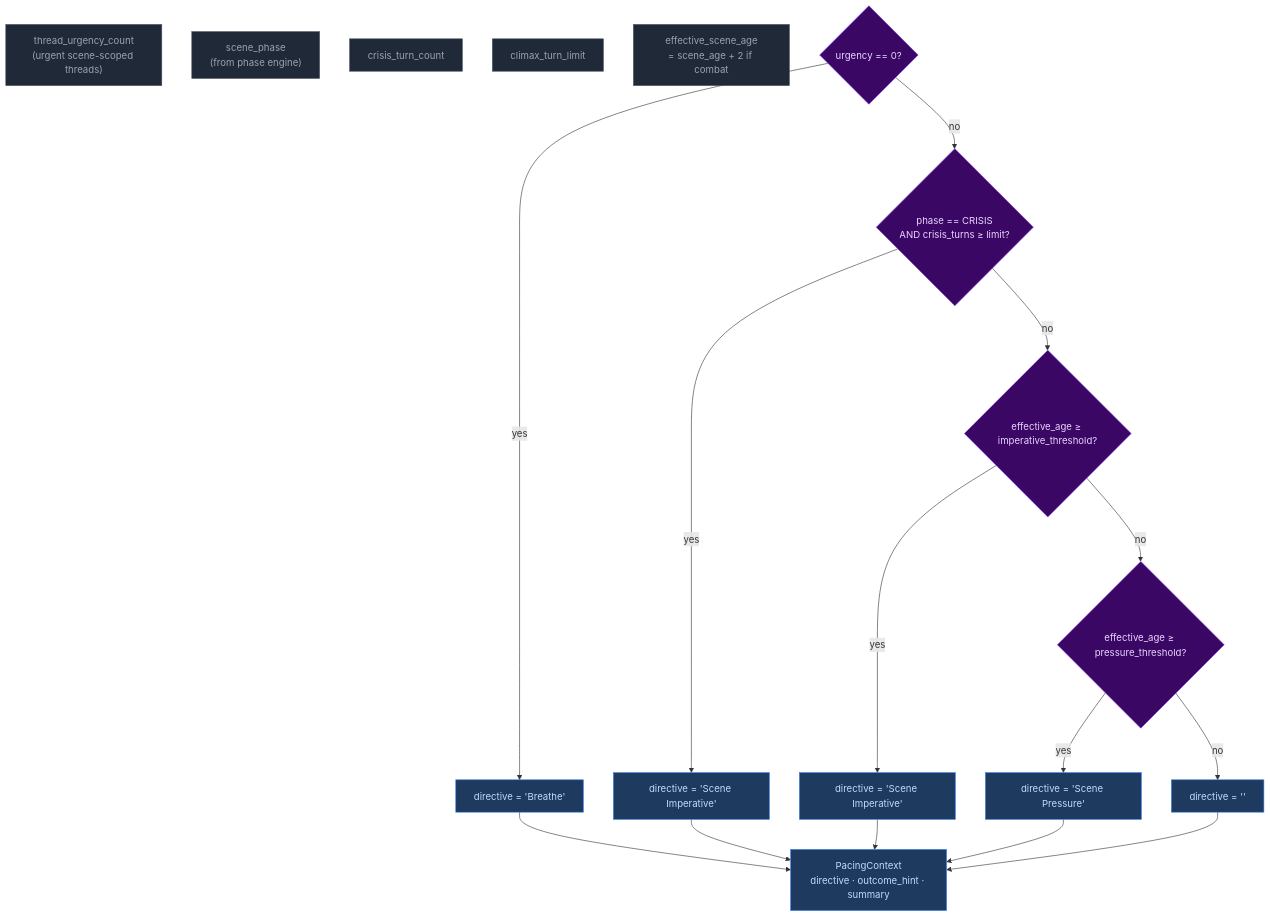
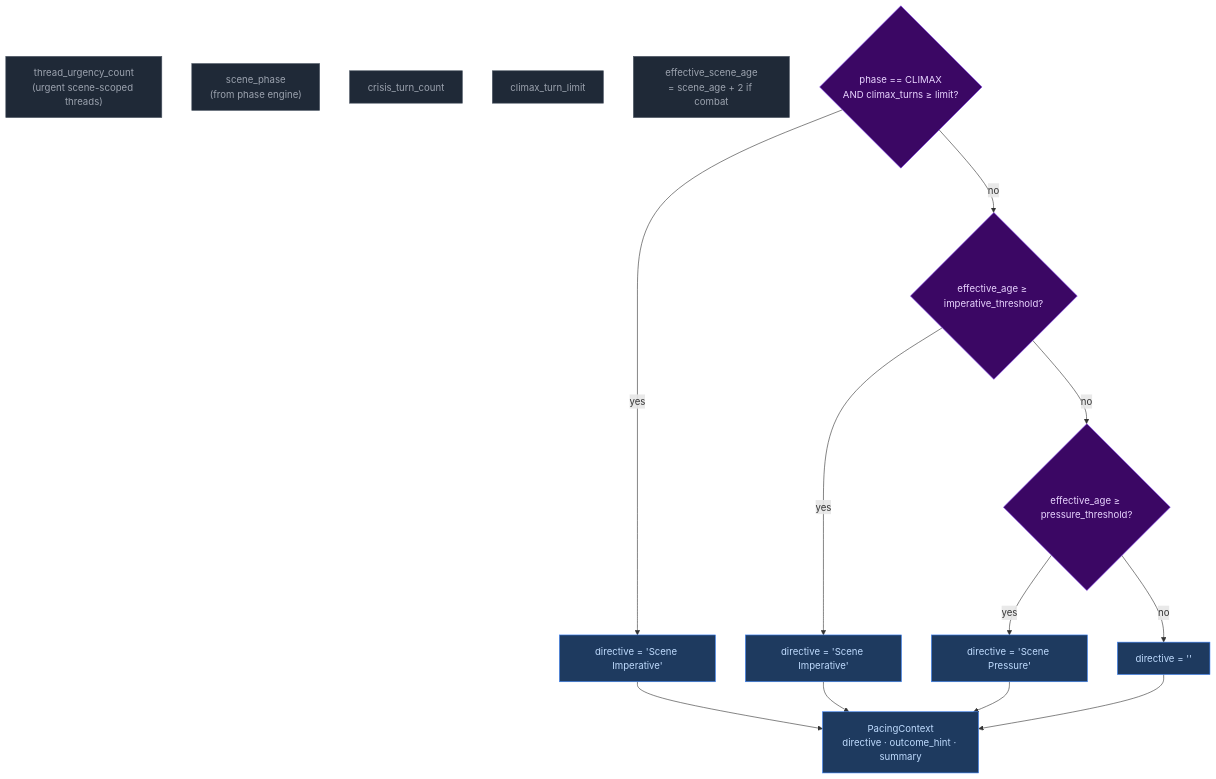
One commit to pww217/fablethread changed the second of 3 diagrams in docs/architecture/step0-ruling.md. Above: the diagram before and after it, drawn with Mermaid. The commit also changed other lines of this file and 14 other files, not shown here.

````diff
--- a/docs/architecture/step0-ruling.md
+++ b/docs/architecture/step0-ruling.md
@@ -75,32 +75,29 @@
 ```mermaid
 flowchart TD
     classDef pyNode fill:#1f2937,color:#9ca3af,stroke:#4b5563
     classDef decision fill:#3b0764,color:#e9d5ff,stroke:#7c3aed
     classDef output fill:#1e3a5f,color:#bfdbfe,stroke:#3b82f6
 
     TU["thread_urgency_count<br>(urgent scene-scoped threads)"]:::pyNode
     PH["scene_phase<br>(from phase engine)"]:::pyNode
     CTC["crisis_turn_count"]:::pyNode
     CTL["climax_turn_limit"]:::pyNode
     EA["effective_scene_age<br>= scene_age + 2 if combat"]:::pyNode
 
-    D1{"urgency == 0?"}:::decision
-    D1 -- yes --> B1["directive = 'Breathe'"]:::output
-    D1 -- no --> D2{"phase == CRISIS<br>AND crisis_turns ≥ limit?"}:::decision
+    D1{"phase == CLIMAX<br>AND climax_turns ≥ limit?"}:::decision
+    D1 -- yes --> B1["directive = 'Scene Imperative'"]:::output
+    D1 -- no --> D2{"effective_age ≥ imperative_threshold?"}:::decision
     D2 -- yes --> B2["directive = 'Scene Imperative'"]:::output
-    D2 -- no --> D3{"effective_age ≥ imperative_threshold?"}:::decision
-    D3 -- yes --> B3["directive = 'Scene Imperative'"]:::output
-    D3 -- no --> D4{"effective_age ≥ pressure_threshold?"}:::decision
-    D4 -- yes --> B4["directive = 'Scene Pressure'"]:::output
-    D4 -- no --> B5["directive = ''"]:::output
+    D2 -- no --> D3{"effective_age ≥ pressure_threshold?"}:::decision
+    D3 -- yes --> B3["directive = 'Scene Pressure'"]:::output
+    D3 -- no --> B4["directive = ''"]:::output
 
     FINAL["PacingContext<br>directive · outcome_hint · summary"]:::output
 
     B1 --> FINAL
     B2 --> FINAL
     B3 --> FINAL
     B4 --> FINAL
-    B5 --> FINAL
 
     style B1 fill:#1e3a5f,color:#bfdbfe,stroke:#3b82f6
 ```
````
